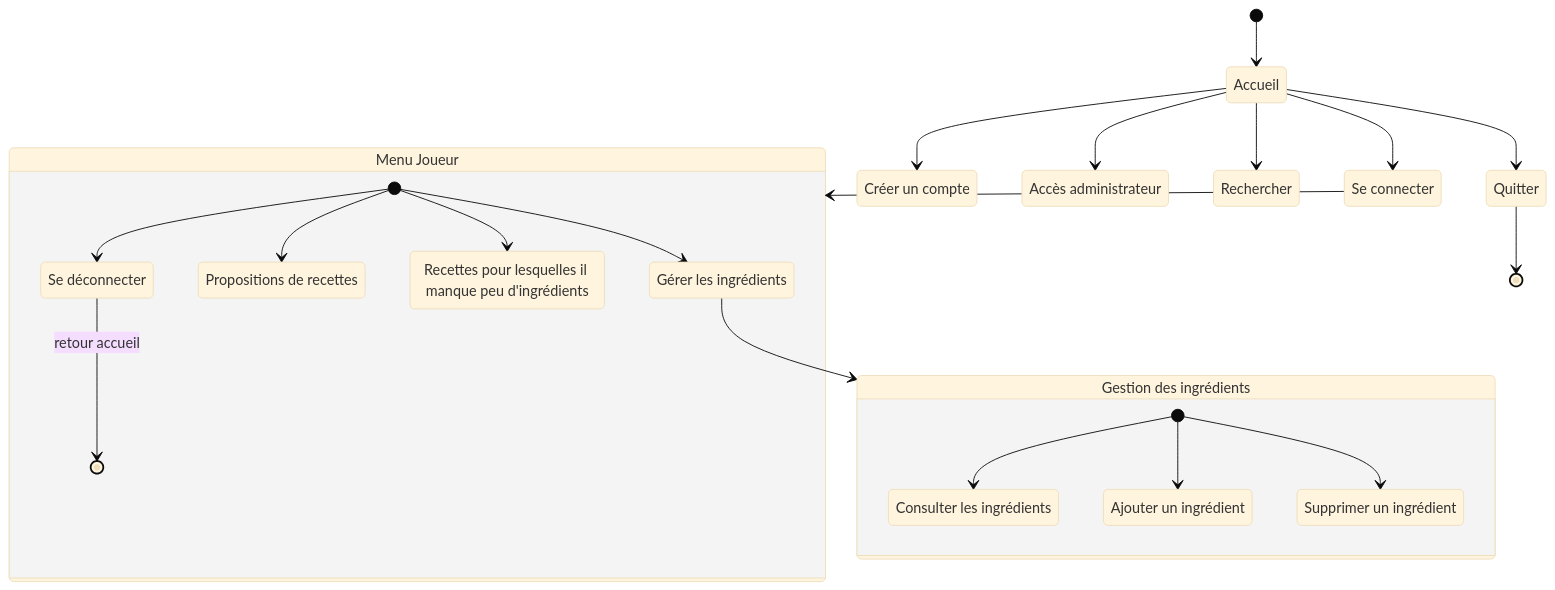
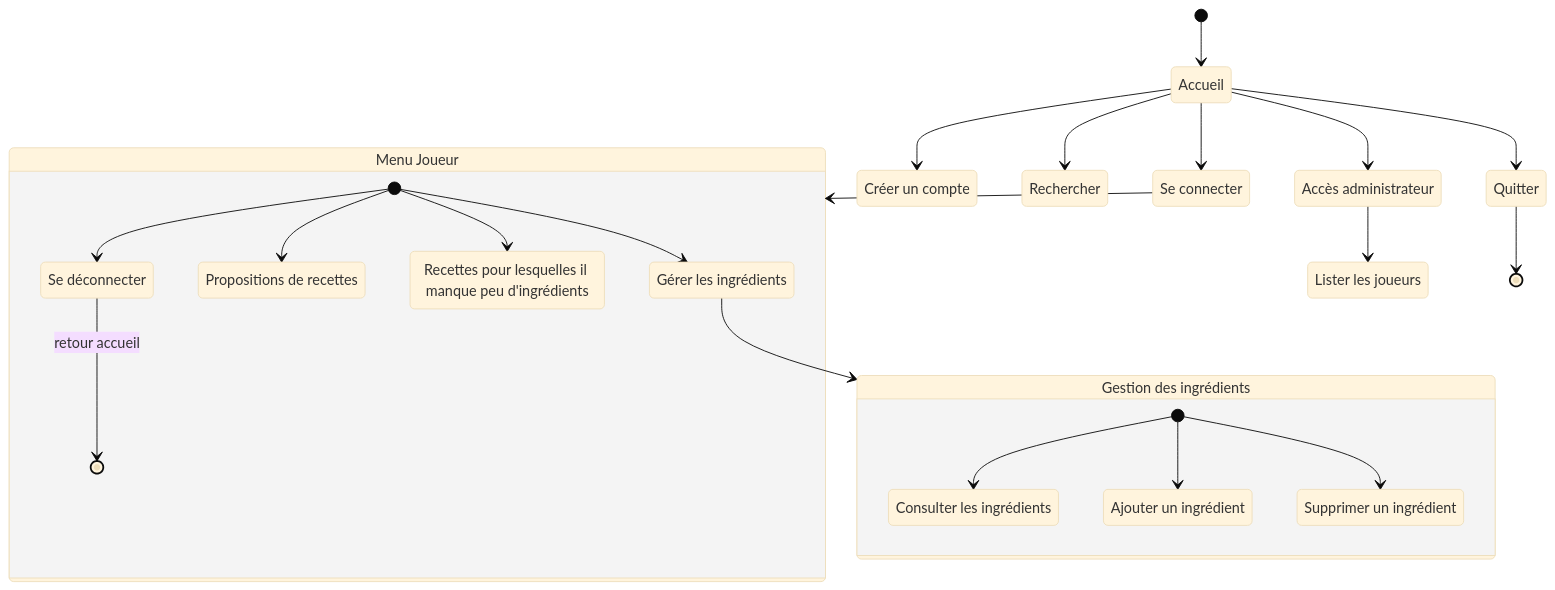
The diagram in doc/diag_activites.md (bbrunel/ENSAI-2A-projet-info), drawn with Mermaid (base theme) before and after one commit.

Commit message:
liste joueurs diag activités

````diff
--- a/doc/diag_activites.md
+++ b/doc/diag_activites.md
@@ -19,46 +19,49 @@
 ```mermaid
 stateDiagram
     login : Se connecter
     menu_joueur : Menu Joueur
     menu_ingr : Gestion des ingrédients
     logon : Créer un compte
     gerer_ingr : Gérer les ingrédients
     Consulter_les_ingrédients : Consulter les ingrédients
     Ajouter_un_ingrédient : Ajouter un ingrédient
     Supprimer_un_ingrédient : Supprimer un ingrédient
     recettes : Propositions de recettes
     rec_ingr_manquant : Recettes pour lesquelles il manque peu d'ingrédients
     logout : Se déconnecter
     admin : Accès administrateur
+    list_joueurs : Lister les joueurs
     
     [*] --> Accueil
     
     Accueil --> Rechercher
     
     Accueil --> logon
 
     Accueil --> admin
 
     Accueil --> login
     login --> menu_joueur
     
     Accueil --> Quitter
     Quitter --> [*]
+
+    admin --> list_joueurs
     
     state menu_joueur {
     	[*] --> gerer_ingr
       [*] --> recettes
       [*] --> rec_ingr_manquant
     	[*] --> logout
       logout --> [*]:retour accueil
     }
 
   gerer_ingr --> menu_ingr
 
     state menu_ingr {
       [*] --> Consulter_les_ingrédients
       [*] --> Ajouter_un_ingrédient
       [*] --> Supprimer_un_ingrédient
         
     }
 ```
````
